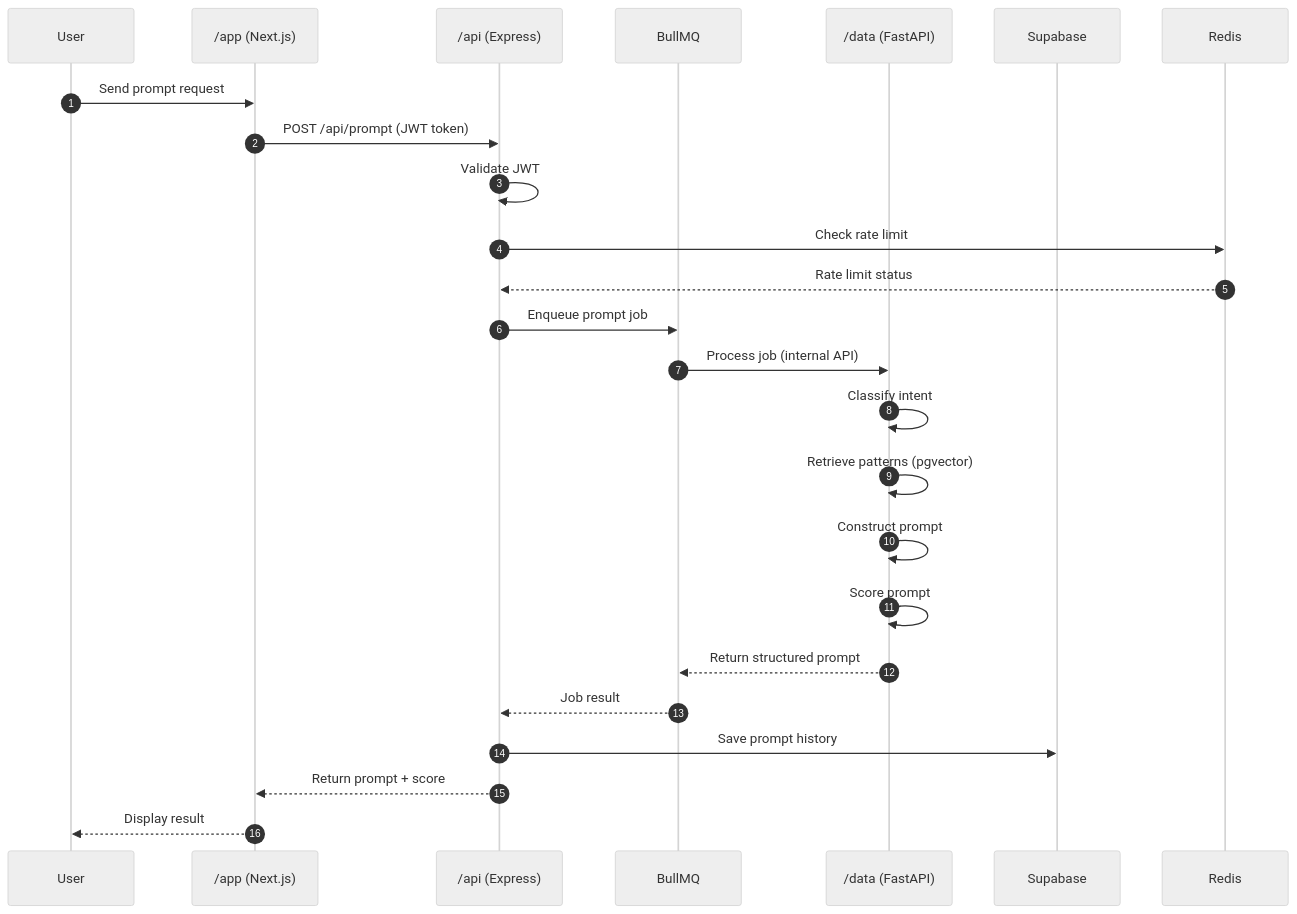
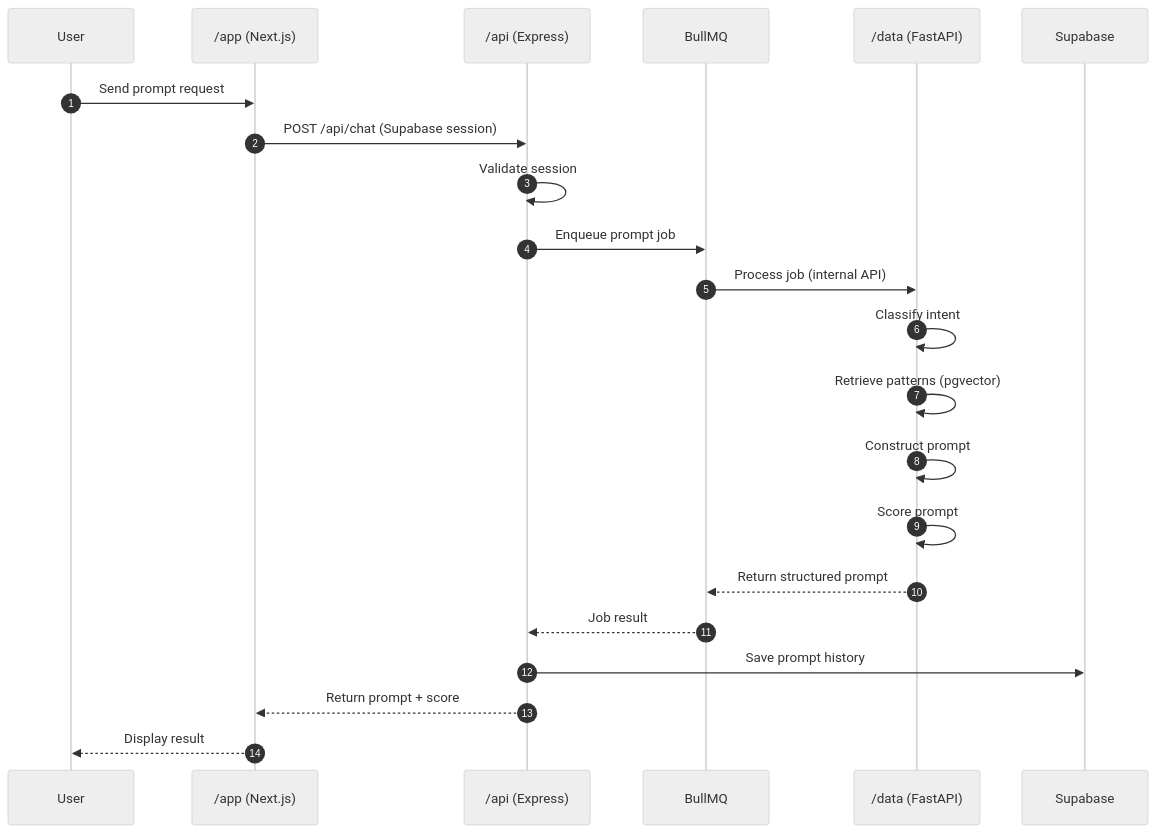
Before and after one commit to oyedokunken/Prompt-AI: the second of 5 diagrams in README.md, drawn with Mermaid (neutral theme). The commit also changed other lines of this file and 9 other files, not shown here.

First line of the commit message:
feat: OpenAI chat, /api deployed to Vercel, tech stack README, env wired

````diff
--- a/README.md
+++ b/README.md
@@ -124,28 +122,24 @@
 ```mermaid
 sequenceDiagram
     autonumber
     participant User as User
     participant App as /app (Next.js)
     participant API as /api (Express)
     participant Queue as BullMQ
     participant Data as /data (FastAPI)
     participant DB as Supabase
-    participant Cache as Redis
-
     User->>App: Send prompt request
-    App->>API: POST /api/prompt (JWT token)
-    API->>API: Validate JWT
-    API->>Cache: Check rate limit
-    Cache-->>API: Rate limit status
+    App->>API: POST /api/chat (Supabase session)
+    API->>API: Validate session
     API->>Queue: Enqueue prompt job
     Queue->>Data: Process job (internal API)
     Data->>Data: Classify intent
     Data->>Data: Retrieve patterns (pgvector)
     Data->>Data: Construct prompt
     Data->>Data: Score prompt
     Data-->>Queue: Return structured prompt
     Queue-->>API: Job result
     API->>DB: Save prompt history
     API-->>App: Return prompt + score
     App-->>User: Display result
 ```
````
